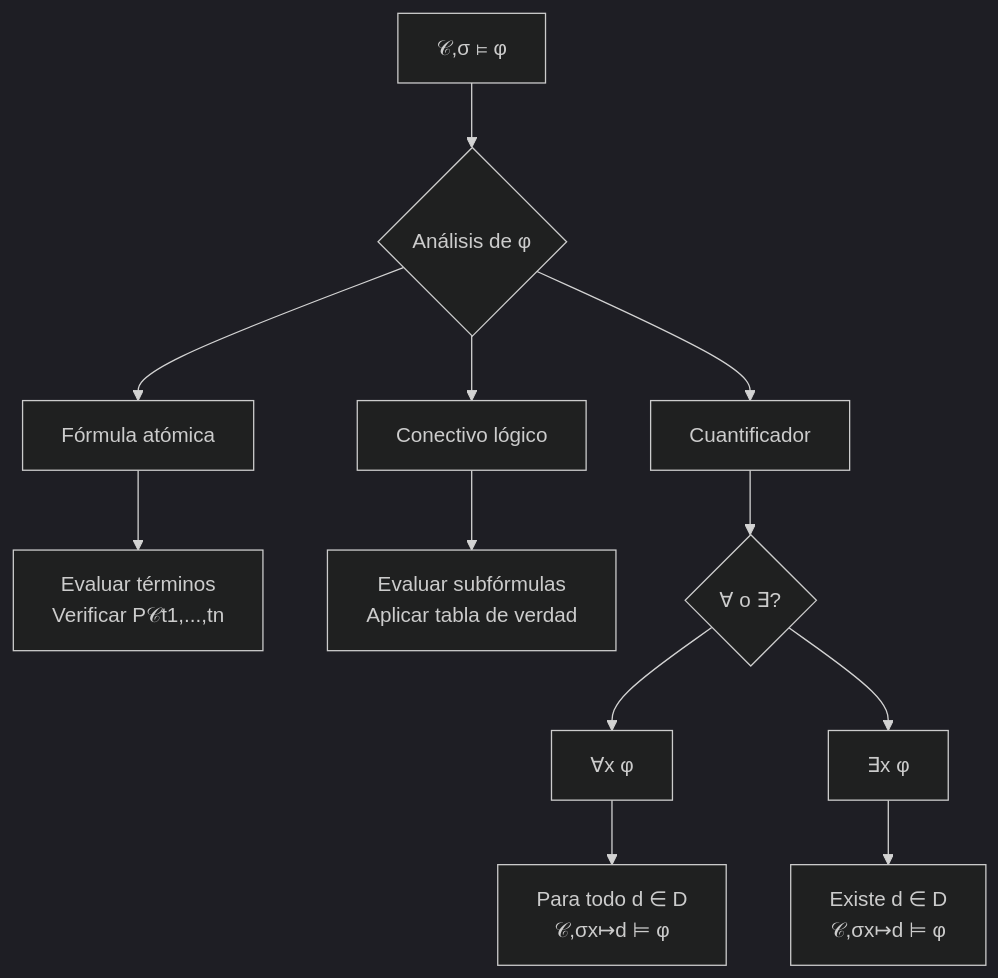
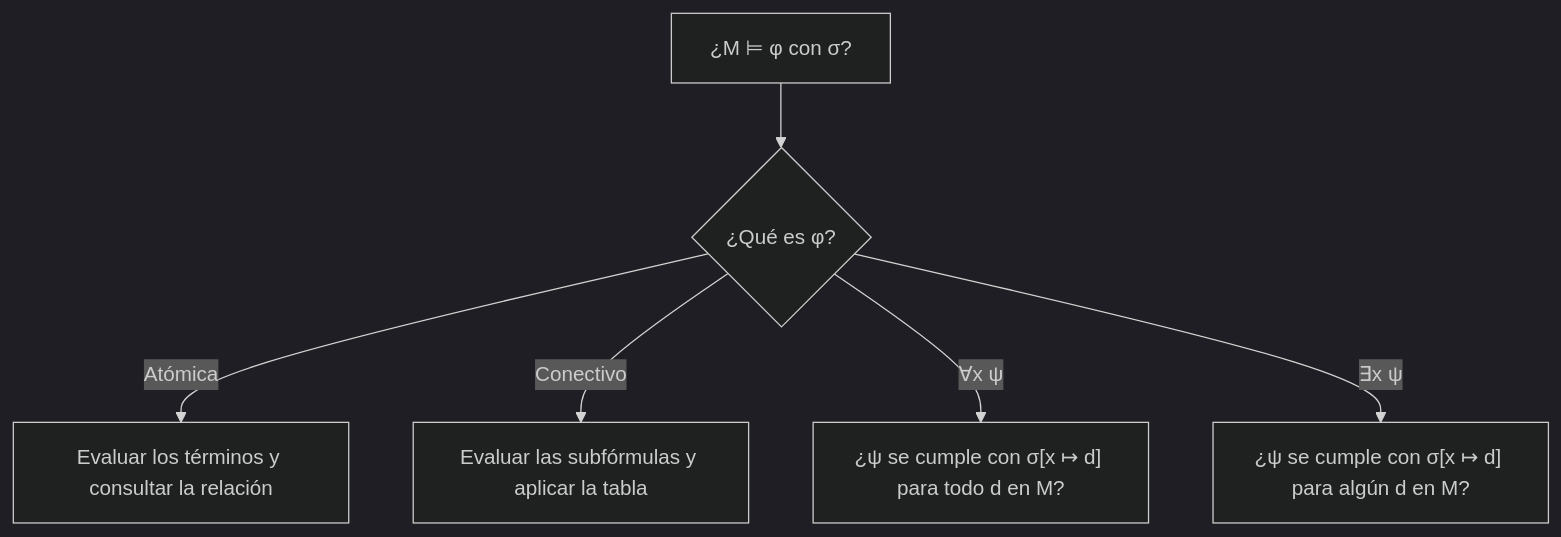
The diagram in public/documents/semester-4/2/4234.md (djaimej/computer-science-template), drawn with Mermaid (dark theme) before and after one commit. The commit also changed other lines of this file and 4 other files, not shown here.

````diff
--- a/public/documents/semester-4/2/4234.md
+++ b/public/documents/semester-4/2/4234.md
@@ -72,18 +48,8 @@
 ```mermaid
 flowchart TD
-    A[𝒞,σ ⊨ φ] --> B{Análisis de φ}
-    B --> C[Fórmula atómica]
-    B --> D[Conectivo lógico]
-    B --> E[Cuantificador]
-
-    C --> C1[Evaluar términos<br>Verificar P𝒞t1,...,tn]
-
-    D --> D1[Evaluar subfórmulas<br>Aplicar tabla de verdad]
-
-    E --> E1{∀ o ∃?}
-    E1 --> F[∀x φ]
-    E1 --> G[∃x φ]
-
-    F --> F1[Para todo d ∈ D<br>𝒞,σx↦d ⊨ φ]
-    G --> G1[Existe d ∈ D<br>𝒞,σx↦d ⊨ φ]
+    A["¿M ⊨ φ con σ?"] --> B{"¿Qué es φ?"}
+    B -->|Atómica| C["Evaluar los términos y consultar la relación"]
+    B -->|Conectivo| D["Evaluar las subfórmulas y aplicar la tabla"]
+    B -->|"∀x ψ"| E["¿ψ se cumple con σ[x ↦ d] para todo d en M?"]
+    B -->|"∃x ψ"| F["¿ψ se cumple con σ[x ↦ d] para algún d en M?"]
 ```
````
